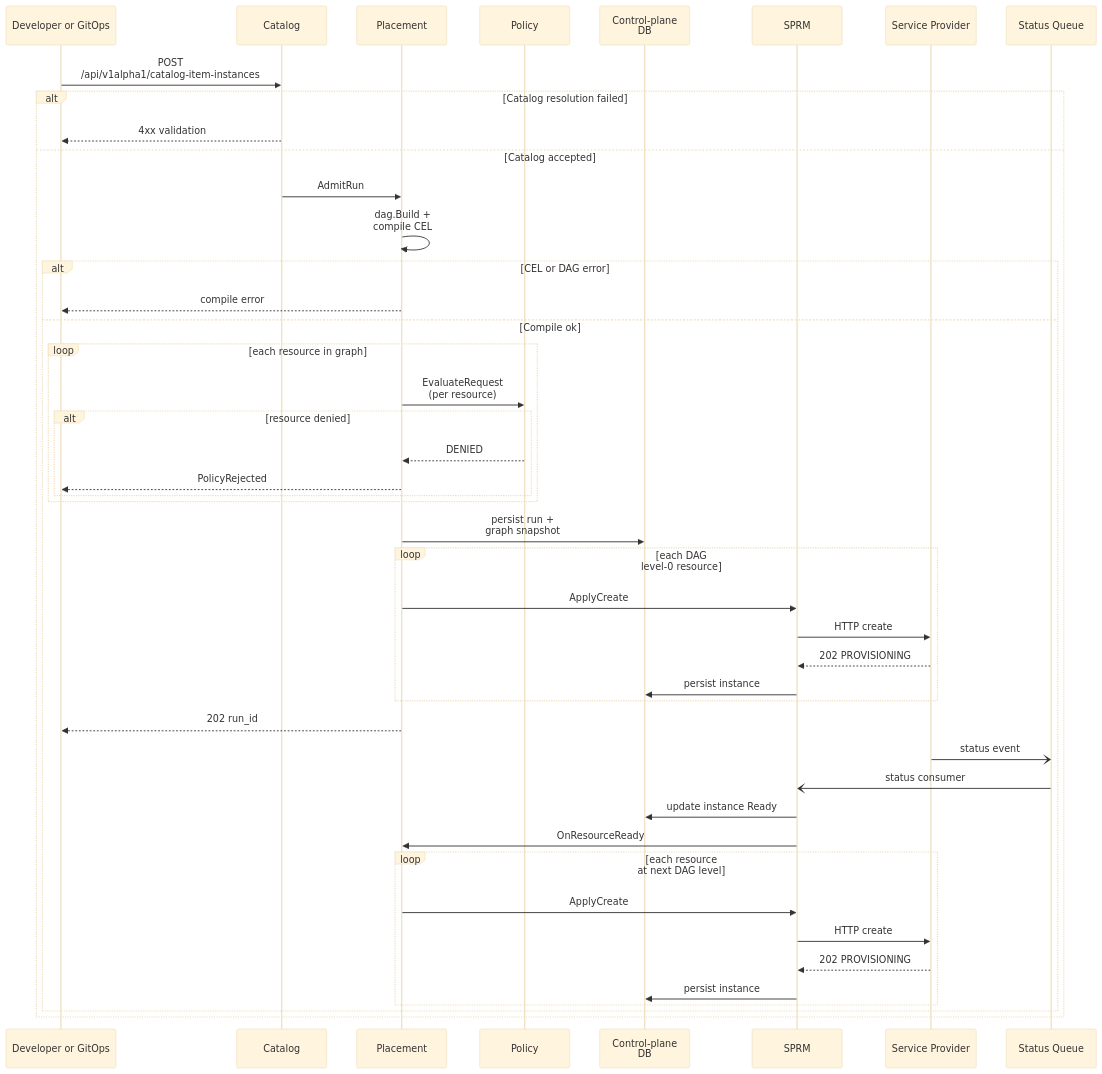
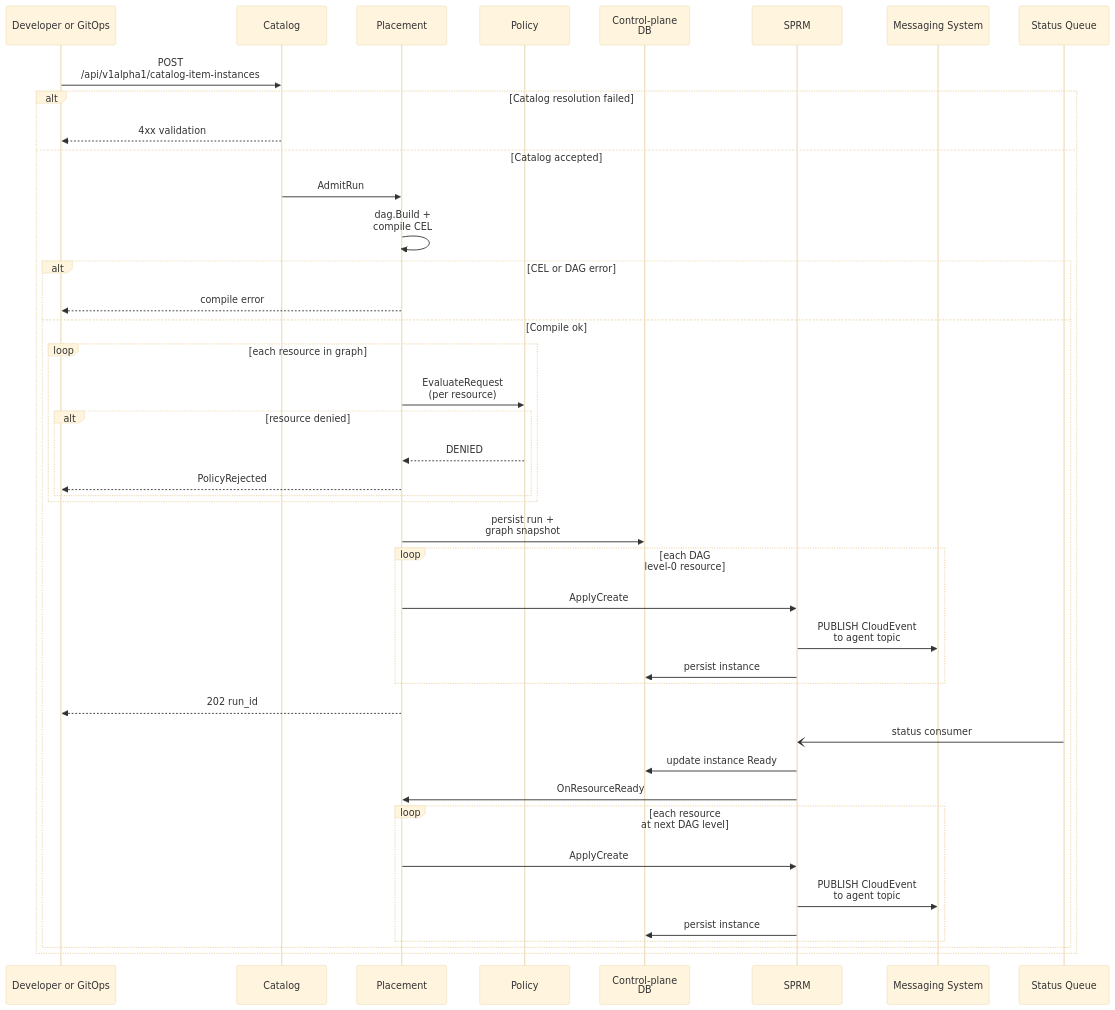
The second of 2 diagrams in enhancements/declarative-api/declarative-api.md (dcm-project/enhancements), drawn with Mermaid (base theme) before and after one commit. The commit also changed other lines of this file and 9 other files, not shown here.

````diff
--- a/enhancements/declarative-api/declarative-api.md
+++ b/enhancements/declarative-api/declarative-api.md
@@ -179,48 +181,45 @@
 ```mermaid
 sequenceDiagram
   participant Dev as Developer or GitOps
   participant CM as Catalog
   participant PM as Placement
   participant POL as Policy
   participant DB as Control-plane<br/> DB
   participant SPkg as SPRM
-  participant SP as Service Provider
+  participant MS as Messaging System
   participant NATS as Status Queue
 
   Dev->>CM: POST <br/>/api/v1alpha1/catalog-item-instances
   alt Catalog resolution failed
     CM-->>Dev: 4xx validation
   else Catalog accepted
     CM->>PM: AdmitRun
     PM->>PM: dag.Build + <br/>compile CEL
     alt CEL or DAG error
       PM-->>Dev: compile error
     else Compile ok
       loop each resource in graph
         PM->>POL: EvaluateRequest<br/>(per resource)
         alt resource denied
           POL-->>PM: DENIED
           PM-->>Dev: PolicyRejected
         end
       end
       PM->>DB: persist run + <br/>graph snapshot
         loop each DAG <br/>level-0 resource
           PM->>SPkg: ApplyCreate
-          SPkg->>SP: HTTP create
-          SP-->>SPkg: 202 PROVISIONING
+          SPkg->>MS: PUBLISH CloudEvent<br/>to agent topic
           SPkg->>DB: persist instance
         end
         PM-->>Dev: 202 run_id
-        SP-)NATS: status event
         NATS-)SPkg: status consumer
         SPkg->>DB: update instance Ready
         SPkg->>PM: OnResourceReady
         loop each resource <br/>at next DAG level
           PM->>SPkg: ApplyCreate
-          SPkg->>SP: HTTP create
-          SP-->>SPkg: 202 PROVISIONING
+          SPkg->>MS: PUBLISH CloudEvent<br/>to agent topic
           SPkg->>DB: persist instance
         end
     end
   end
 ```
````
